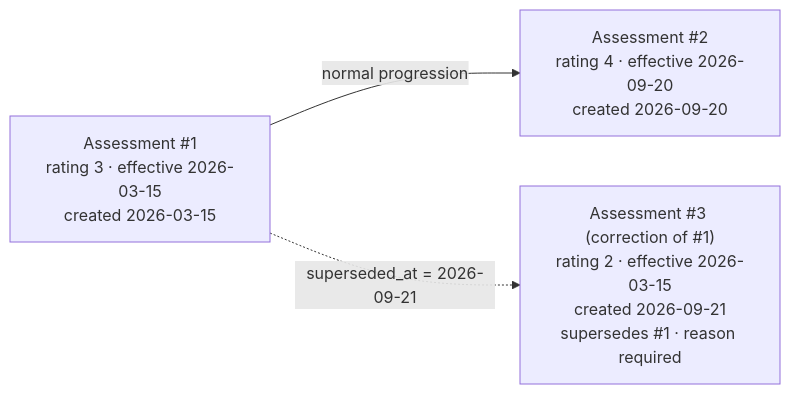
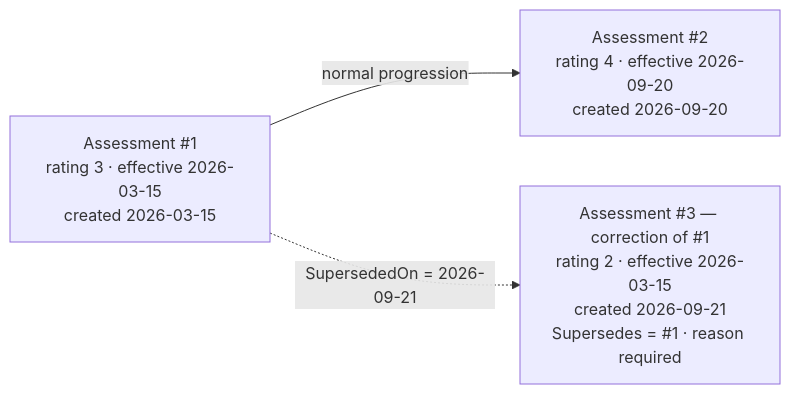
Before and after one commit to Santoshb091651/Skills-Competency-Management: the third of 8 diagrams in ARCHITECTURE.md, drawn with Mermaid. The commit also changed other lines of this file and 1 other file, not shown here.

````diff
--- a/ARCHITECTURE.md
+++ b/ARCHITECTURE.md
@@ -353,9 +257,9 @@
 ```mermaid
 flowchart LR
     A["Assessment #1<br/>rating 3 · effective 2026-03-15<br/>created 2026-03-15"]
     B["Assessment #2<br/>rating 4 · effective 2026-09-20<br/>created 2026-09-20"]
-    C["Assessment #3 (correction of #1)<br/>rating 2 · effective 2026-03-15<br/>created 2026-09-21<br/>supersedes #1 · reason required"]
+    C["Assessment #3 — correction of #1<br/>rating 2 · effective 2026-03-15<br/>created 2026-09-21<br/>Supersedes = #1 · reason required"]
 
     A -->|"normal progression"| B
-    A -.->|"superseded_at = 2026-09-21"| C
+    A -.->|"SupersededOn = 2026-09-21"| C
 ```
````
